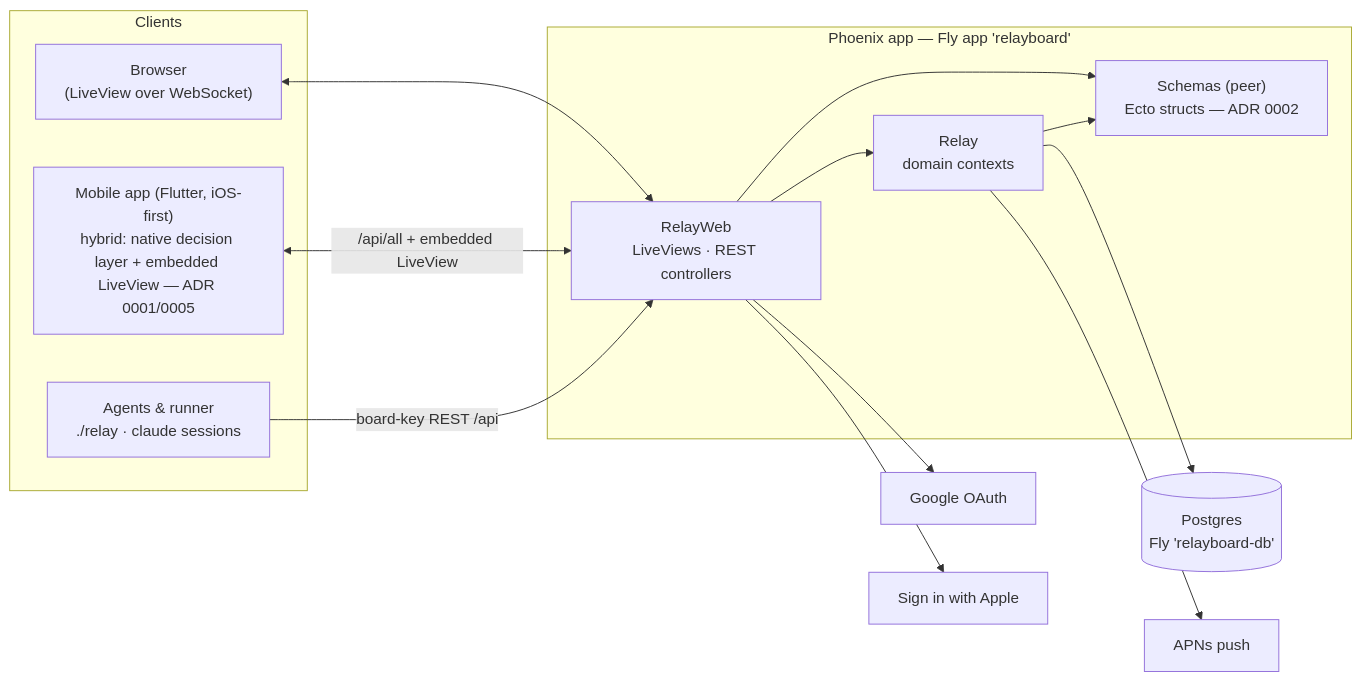
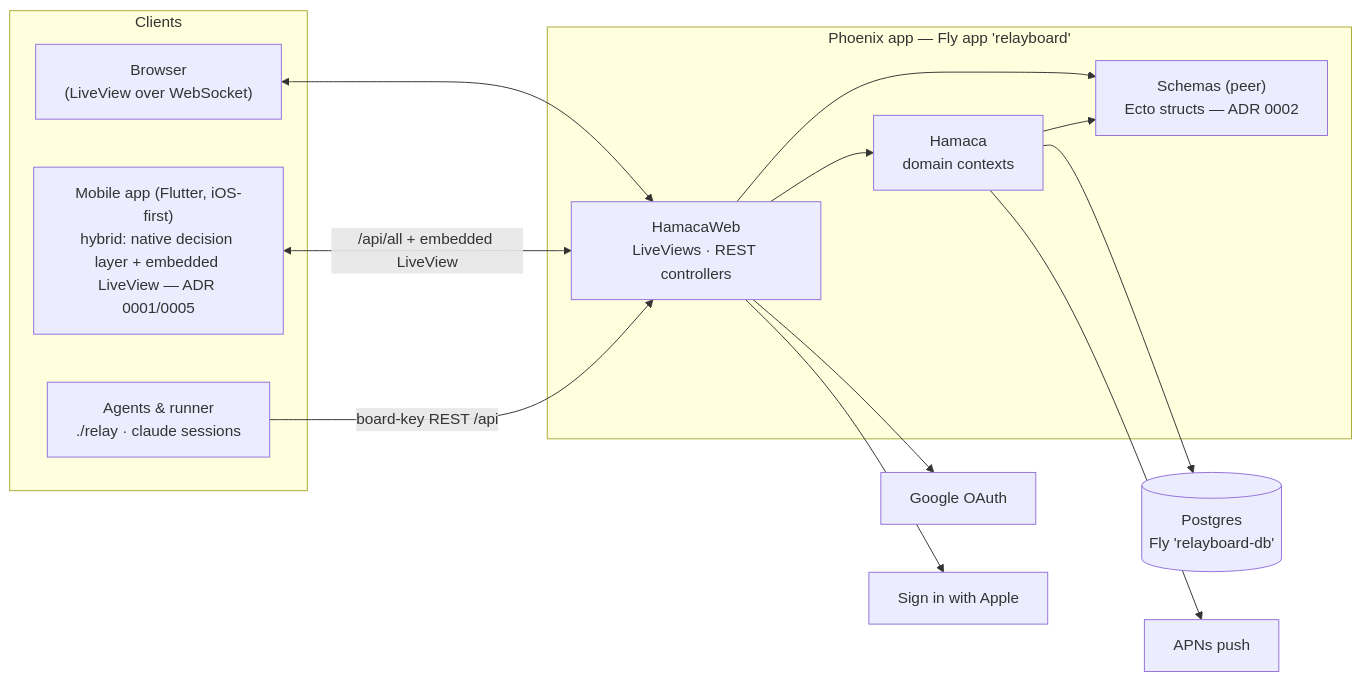
The diagram in docs/architecture/README.md (jeremylightsmith/relay), drawn with Mermaid before and after one commit. The commit also changed other lines of this file and 1704 other files, not shown here.

````diff
--- a/docs/architecture/README.md
+++ b/docs/architecture/README.md
@@ -15,27 +15,27 @@
 ```mermaid
 flowchart LR
     subgraph client["Clients"]
         browser["Browser<br/>(LiveView over WebSocket)"]
         mobile["Mobile app (Flutter, iOS-first)<br/>hybrid: native decision layer + embedded LiveView — ADR 0001/0005"]
         agents["Agents & runner<br/>./relay · claude sessions"]
     end
     subgraph fly["Phoenix app — Fly app 'relayboard'"]
-        web["RelayWeb<br/>LiveViews · REST controllers"]
-        domain["Relay<br/>domain contexts"]
+        web["HamacaWeb<br/>LiveViews · REST controllers"]
+        domain["Hamaca<br/>domain contexts"]
         schemas["Schemas (peer)<br/>Ecto structs — ADR 0002"]
         web --> domain
         web --> schemas
         domain --> schemas
     end
     pg[("Postgres<br/>Fly 'relayboard-db'")]
     google["Google OAuth"]
     apple["Sign in with Apple"]
     apns["APNs push"]
     browser <--> web
     mobile <-- "/api/all + embedded LiveView" --> web
     agents -- "board-key REST /api" --> web
     domain --> pg
     web --> google
     web --> apple
     domain --> apns
 ```
````
